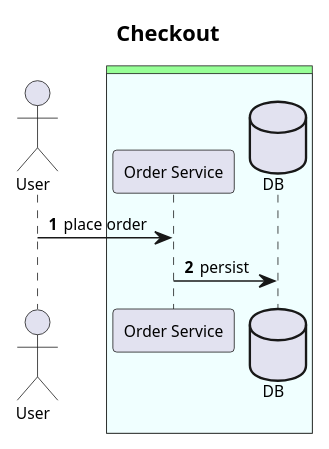
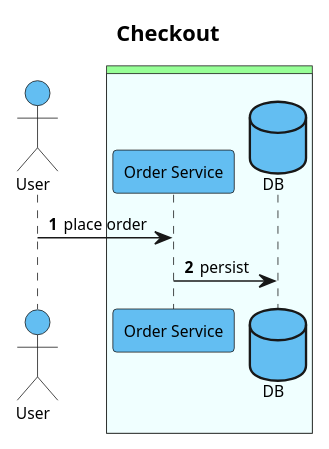
One commit to QuinntyneBrown/Cast changed the first of 2 diagrams in README.md. Above: the diagram before and after it, drawn with PlantUML. The commit also changed other lines of this file and 65 other files, not shown here.

First line of the commit message:
Add template command (CRUD + render) and open written diagrams in Notepad

````diff
--- a/README.md
+++ b/README.md
@@ -81,20 +84,20 @@
 ```plantuml
 @startuml
 ' Scaffolded by cast
 !pragma teoz true
 skinparam defaultFontSize 10
 title Checkout
 autonumber
 
-actor User
+actor User #63BEF2
 box #PHYSICAL
   box #AZURE
-    participant "Order Service" as OS
-    database DB
+    participant "Order Service" as OS #63BEF2
+    database DB #63BEF2
   end box
 end box
 
 User -> OS : place order
 OS -> DB : persist
 @enduml
 ```
````
